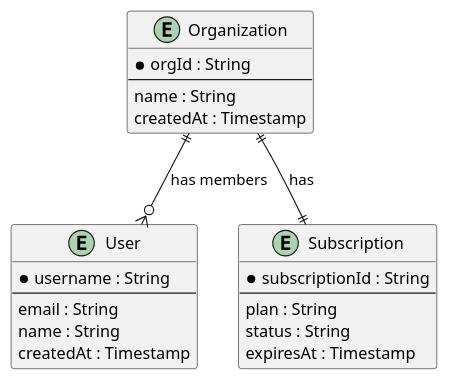
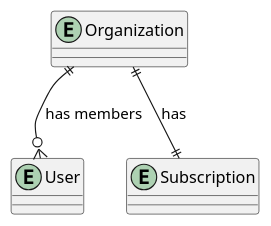
One commit to nickthiru3/smw-docs changed the diagram in guides/data-modeling/single-table-design.md. Above: the diagram before and after it, drawn with PlantUML. The commit also changed other lines of this file and 72 other files, not shown here.

````diff
--- a/guides/data-modeling/single-table-design.md
+++ b/guides/data-modeling/single-table-design.md
@@ -321,29 +429,15 @@
 ```plantuml
 @startuml
-entity "Organization" {
-  * orgId : String
-  --
-  name : String
-  createdAt : Timestamp
+entity Organization {
 }
 
-entity "User" {
-  * username : String
-  --
-  email : String
-  name : String
-  createdAt : Timestamp
+entity User {
 }
 
-entity "Subscription" {
-  * subscriptionId : String
-  --
-  plan : String
-  status : String
-  expiresAt : Timestamp
+entity Subscription {
 }
 
 Organization ||--o{ User : "has members"
 Organization ||--|| Subscription : "has"
 @enduml
 ```
````
